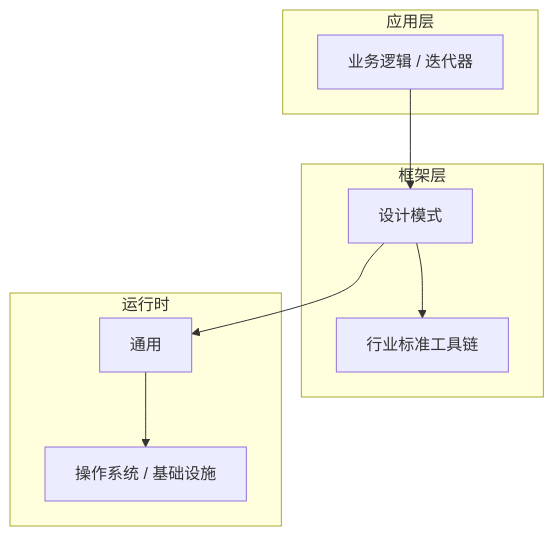
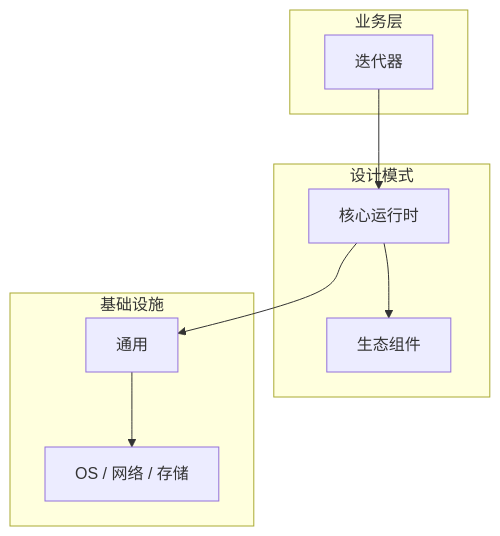
Before and after one commit to yanggan2015/knowledge-json-v2: the diagram in articles/设计模式/chapters/074-迭代器核心概念与原理.md, drawn with Mermaid. The commit also changed other lines of this file and 10127 other files, not shown here.

````diff
--- a/articles/设计模式/chapters/074-迭代器核心概念与原理.md
+++ b/articles/设计模式/chapters/074-迭代器核心概念与原理.md
@@ -45,18 +34,18 @@
 ```mermaid
 graph TB
-    subgraph 应用层
-        A[业务逻辑 / 迭代器]
+    subgraph 业务层
+        A[迭代器]
     end
-    subgraph 框架层
-        B[设计模式]
-        C[行业标准工具链]
+    subgraph 设计模式
+        B[核心运行时]
+        C[生态组件]
     end
-    subgraph 运行时
+    subgraph 基础设施
         D[通用]
-        E[操作系统 / 基础设施]
+        E[OS / 网络 / 存储]
     end
     A --> B
     B --> C
     B --> D
     D --> E
 ```
````
